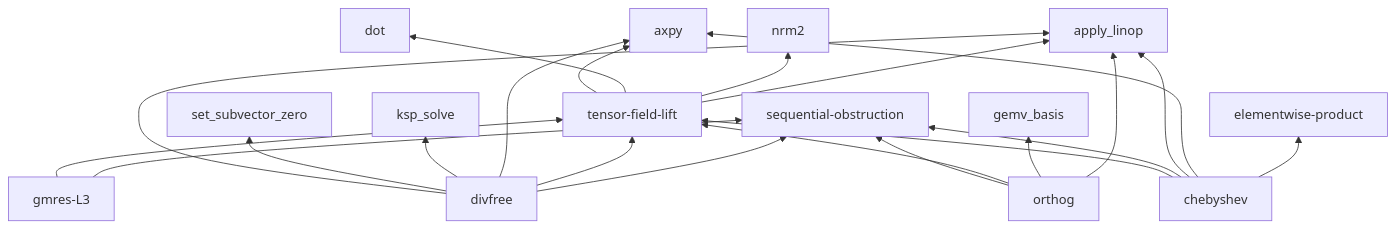
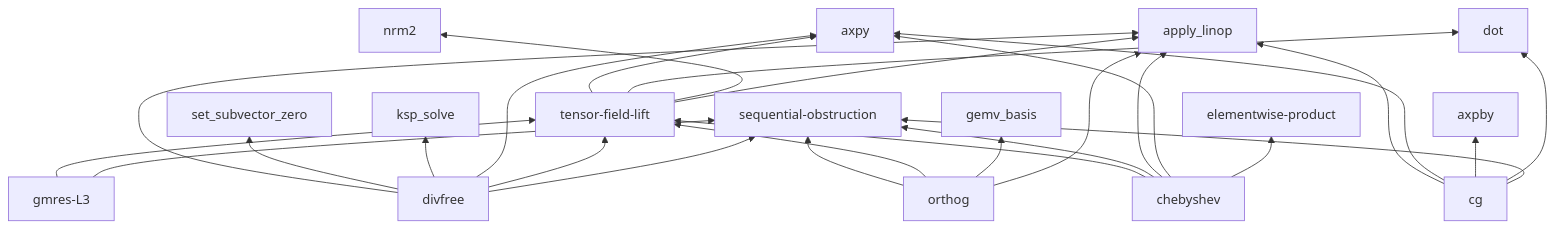
One commit to crutcher/palace_whiteroom changed the fourth of 5 diagrams in book/src/concepts/dependency-map.md. Above: the diagram before and after it, drawn with Mermaid. The commit also changed 3 other files, not shown here.

````diff
--- a/book/src/concepts/dependency-map.md
+++ b/book/src/concepts/dependency-map.md
@@ -104,24 +104,29 @@
 ```mermaid
 graph BT
   tensor-field-lift --> axpy
   tensor-field-lift --> dot
   tensor-field-lift --> nrm2
   tensor-field-lift --> apply_linop
   gmres-L3 --> tensor-field-lift
   gmres-L3 --> sequential-obstruction
   divfree --> apply_linop
   divfree --> set_subvector_zero
   divfree --> ksp_solve
   divfree --> axpy
   divfree --> tensor-field-lift
   divfree --> sequential-obstruction
   orthog --> sequential-obstruction
   orthog --> tensor-field-lift
   orthog --> gemv_basis
   orthog --> apply_linop
   chebyshev --> tensor-field-lift
   chebyshev --> sequential-obstruction
   chebyshev --> apply_linop
   chebyshev --> axpy
   chebyshev --> elementwise-product
+  cg --> apply_linop
+  cg --> axpy
+  cg --> axpby
+  cg --> dot
+  cg --> sequential-obstruction
 ```
````
